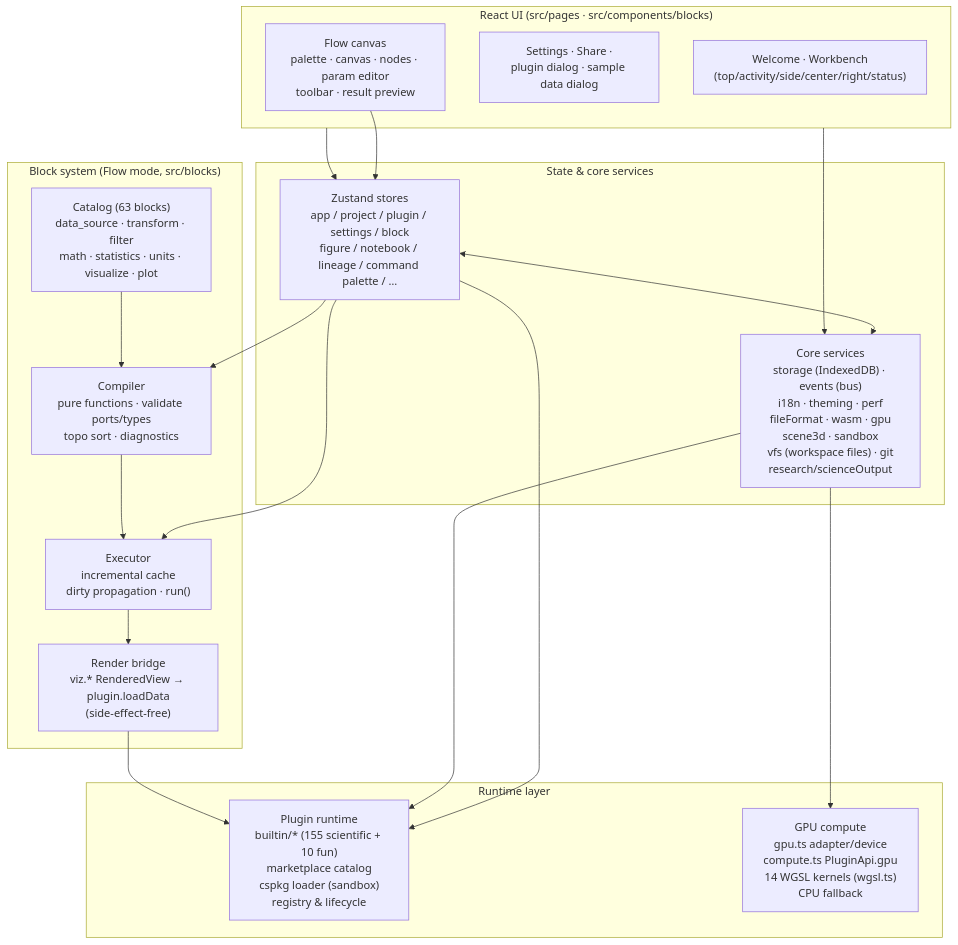
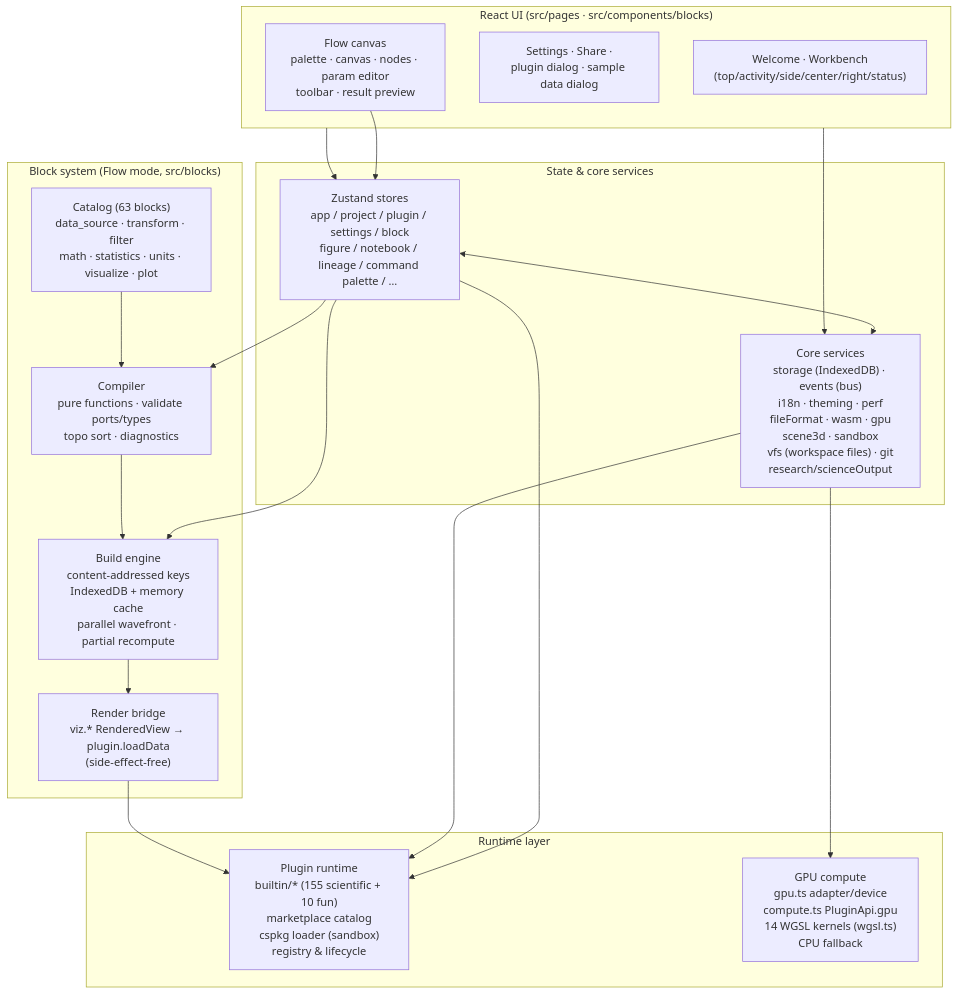
Before and after one commit to SnowLeopard-io/ErgalicsStudio: the diagram in README.md, drawn with Mermaid. The commit also changed other lines of this file and 9 other files, not shown here.

````diff
--- a/README.md
+++ b/README.md
@@ -251,39 +275,39 @@
 ```mermaid
 flowchart TB
     subgraph UI["React UI (src/pages · src/components/blocks)"]
         A1["Welcome · Workbench<br/>(top/activity/side/center/right/status)"]
         A2["Settings · Share ·<br/>plugin dialog · sample data dialog"]
         A3["Flow canvas<br/>palette · canvas · nodes · param editor<br/>toolbar · result preview"]
     end
 
     subgraph State["State & core services"]
         B1["Zustand stores<br/>app / project / plugin / settings / block<br/>figure / notebook / lineage / command palette / …"]
         B2["Core services<br/>storage (IndexedDB) · events (bus)<br/>i18n · theming · perf<br/>fileFormat · wasm · gpu<br/>scene3d · sandbox<br/>vfs (workspace files) · git<br/>research/scienceOutput"]
     end
 
     subgraph Blocks["Block system (Flow mode, src/blocks)"]
         D1["Catalog (63 blocks)<br/>data_source · transform · filter<br/>math · statistics · units · visualize · plot"]
         D2["Compiler<br/>pure functions · validate ports/types<br/>topo sort · diagnostics"]
-        D3["Executor<br/>incremental cache<br/>dirty propagation · run()"]
+        D3["Build engine<br/>content-addressed keys<br/>IndexedDB + memory cache<br/>parallel wavefront · partial recompute"]
         D4["Render bridge<br/>viz.* RenderedView → plugin.loadData<br/>(side-effect-free)"]
     end
 
     subgraph Runtime["Runtime layer"]
         C1["Plugin runtime<br/>builtin/* (155 scientific + 10 fun)<br/>marketplace catalog<br/>cspkg loader (sandbox)<br/>registry & lifecycle"]
         C2["GPU compute<br/>gpu.ts adapter/device<br/>compute.ts PluginApi.gpu<br/>14 WGSL kernels (wgsl.ts)<br/>CPU fallback"]
     end
 
     UI --> B1
     UI --> B2
     B1 <--> B2
     B1 --> C1
     B2 --> C1
     B2 --> C2
     A3 --> B1
     B1 --> D2
     B1 --> D3
     D2 --> D3
     D1 --> D2
     D3 --> D4
     D4 --> C1
 ```
````
